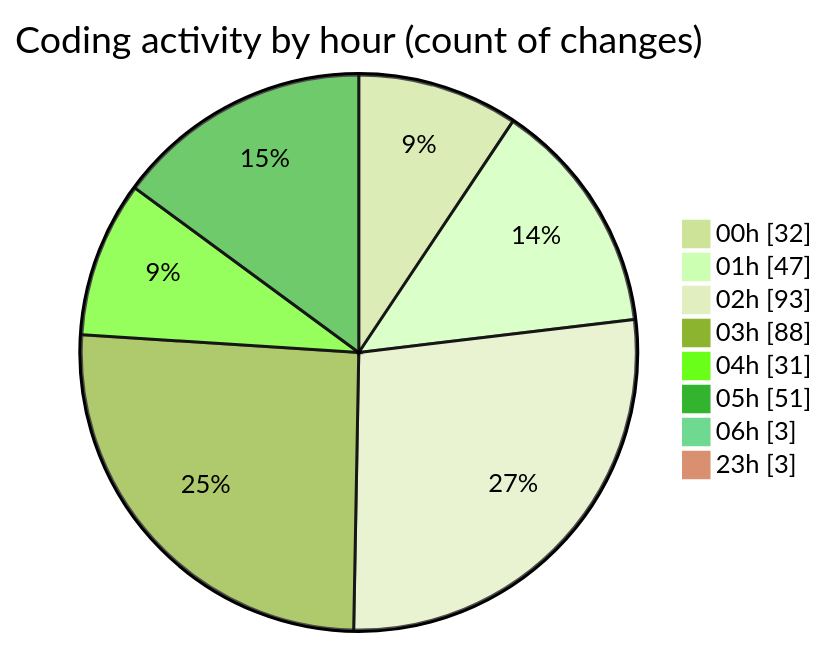
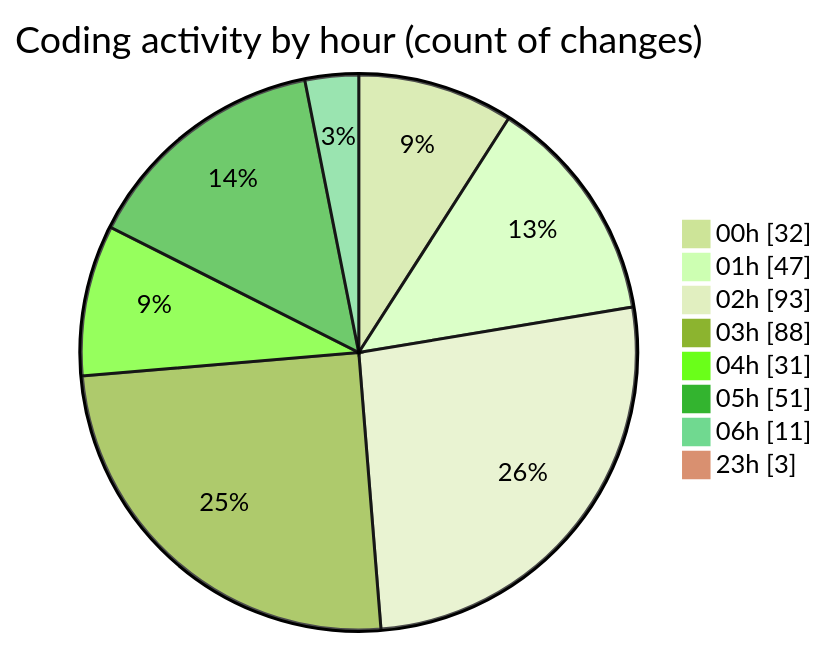
One commit to lephambinh05/code-tracking changed the second of 2 diagrams in 2025-07-28/quanlyrapchieuphim-1/README.md. Above: the diagram before and after it, drawn with Mermaid (forest theme). The commit also changed other lines of this file and 1 other file, not shown here.

````diff
--- a/2025-07-28/quanlyrapchieuphim-1/README.md
+++ b/2025-07-28/quanlyrapchieuphim-1/README.md
@@ -75,12 +79,12 @@
 ```mermaid
 pie showData
 title Coding activity by hour (count of changes)
 "00h" : 32
 "01h" : 47
 "02h" : 93
 "03h" : 88
 "04h" : 31
 "05h" : 51
-"06h" : 3
+"06h" : 11
 "23h" : 3
 ```
````
